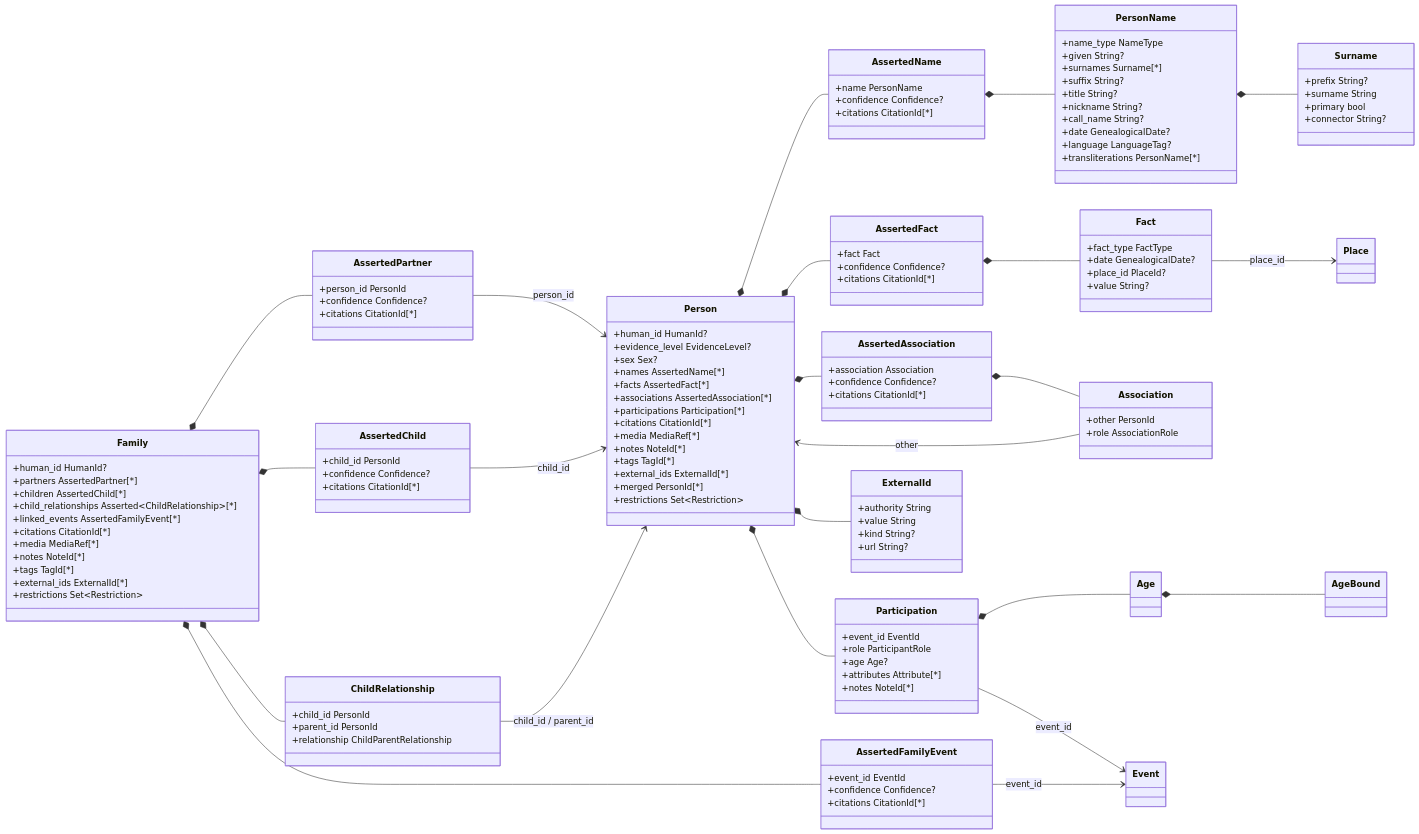
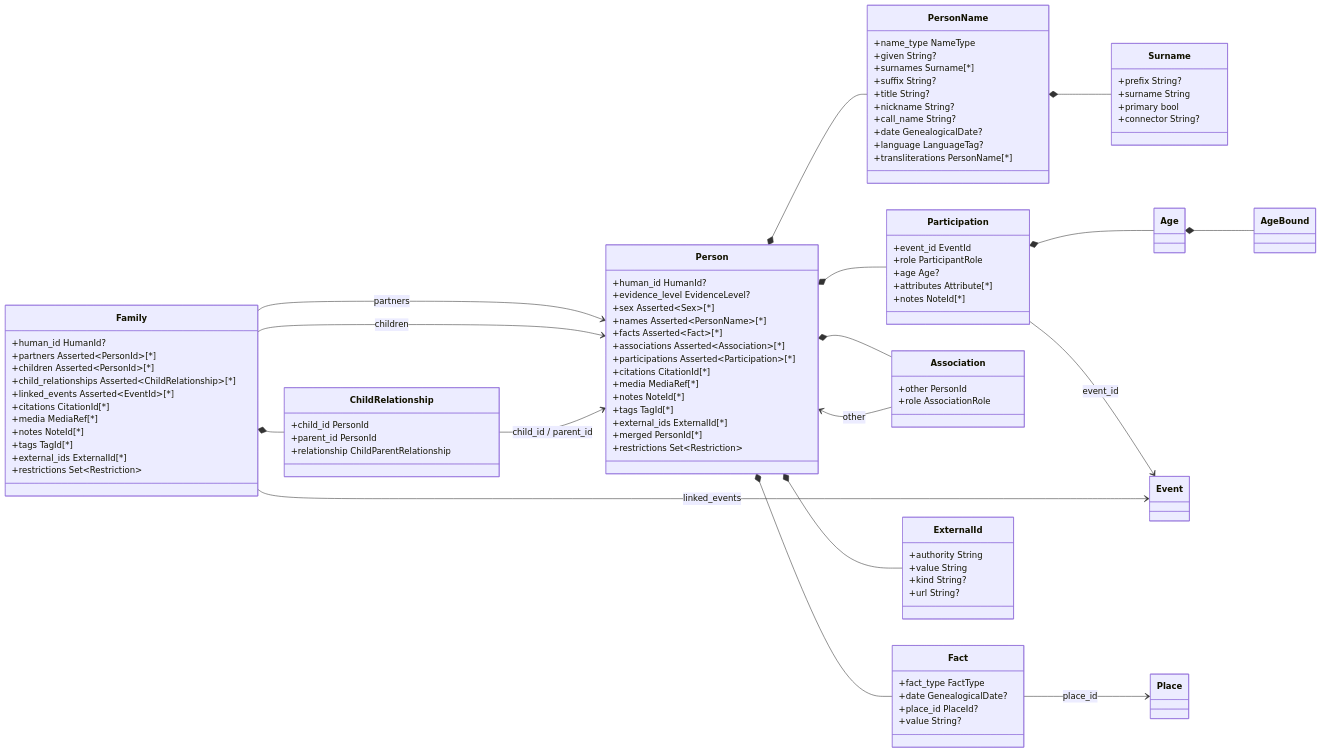
The third of 7 diagrams in docs/data-model-diagram.md (magne/vitni), drawn with Mermaid before and after one commit. The commit also changed other lines of this file and 2 other files, not shown here.

Commit message:
docs: record uniform Asserted<T> projections + typed citation stamp
Data-model §8 gains the uniform-projection rule (Attributed<Asserted<T>>
everywhere a domain claim projects), the bibliographic exception, the
typed CreationStamp, sex last-live-wins reads, and restrictions
retractable everywhere except Tag. The diagram's Person & Family blocks
switch to Asserted~T~ notation and drop the six bespoke class blocks; the
Evidence block gains CreationStamp. Tick the PR-C3 checkboxes and correct
the aggregate count (10, not 11 — Tag excepted).

````diff
--- a/docs/data-model-diagram.md
+++ b/docs/data-model-diagram.md
@@ -178,11 +179,11 @@
     class Person {
         +human_id HumanId?
         +evidence_level EvidenceLevel?
-        +sex Sex?
-        +names AssertedName[*]
-        +facts AssertedFact[*]
-        +associations AssertedAssociation[*]
-        +participations Participation[*]
+        +sex Asserted~Sex~[*]
+        +names Asserted~PersonName~[*]
+        +facts Asserted~Fact~[*]
+        +associations Asserted~Association~[*]
+        +participations Asserted~Participation~[*]
         +citations CitationId[*]
         +media MediaRef[*]
         +notes NoteId[*]
@@ -190,11 +191,6 @@
         +external_ids ExternalId[*]
         +merged PersonId[*]
         +restrictions Set~Restriction~
-    }
-    class AssertedName {
-        +name PersonName
-        +confidence Confidence?
-        +citations CitationId[*]
     }
     class PersonName {
         +name_type NameType
@@ -214,21 +210,11 @@
         +primary bool
         +connector String?
     }
-    class AssertedFact {
-        +fact Fact
-        +confidence Confidence?
-        +citations CitationId[*]
-    }
     class Fact {
         +fact_type FactType
         +date GenealogicalDate?
         +place_id PlaceId?
         +value String?
-    }
-    class AssertedAssociation {
-        +association Association
-        +confidence Confidence?
-        +citations CitationId[*]
     }
     class Association {
         +other PersonId
@@ -250,10 +236,10 @@
 
     class Family {
         +human_id HumanId?
-        +partners AssertedPartner[*]
-        +children AssertedChild[*]
+        +partners Asserted~PersonId~[*]
+        +children Asserted~PersonId~[*]
         +child_relationships Asserted~ChildRelationship~[*]
-        +linked_events AssertedFamilyEvent[*]
+        +linked_events Asserted~EventId~[*]
         +citations CitationId[*]
         +media MediaRef[*]
         +notes NoteId[*]
@@ -261,48 +247,27 @@
         +external_ids ExternalId[*]
         +restrictions Set~Restriction~
     }
-    class AssertedPartner {
-        +person_id PersonId
-        +confidence Confidence?
-        +citations CitationId[*]
-    }
-    class AssertedChild {
-        +child_id PersonId
-        +confidence Confidence?
-        +citations CitationId[*]
-    }
     class ChildRelationship {
         +child_id PersonId
         +parent_id PersonId
         +relationship ChildParentRelationship
     }
-    class AssertedFamilyEvent {
-        +event_id EventId
-        +confidence Confidence?
-        +citations CitationId[*]
-    }
 
-    Person *-- AssertedName
-    AssertedName *-- PersonName
+    Person *-- PersonName
     PersonName *-- Surname
-    Person *-- AssertedFact
-    AssertedFact *-- Fact
-    Person *-- AssertedAssociation
-    AssertedAssociation *-- Association
+    Person *-- Fact
+    Person *-- Association
     Person *-- Participation
     Participation *-- Age
     Age *-- AgeBound
     Person *-- ExternalId
-    Family *-- AssertedPartner
-    Family *-- AssertedChild
     Family *-- ChildRelationship
-    Family *-- AssertedFamilyEvent
 
     Association --> Person : other
     Participation --> Event : event_id
     Fact --> Place : place_id
-    AssertedPartner --> Person : person_id
-    AssertedChild --> Person : child_id
+    Family --> Person : partners
+    Family --> Person : children
     ChildRelationship --> Person : child_id / parent_id
-    AssertedFamilyEvent --> Event : event_id
+    Family --> Event : linked_events
 ```
````
